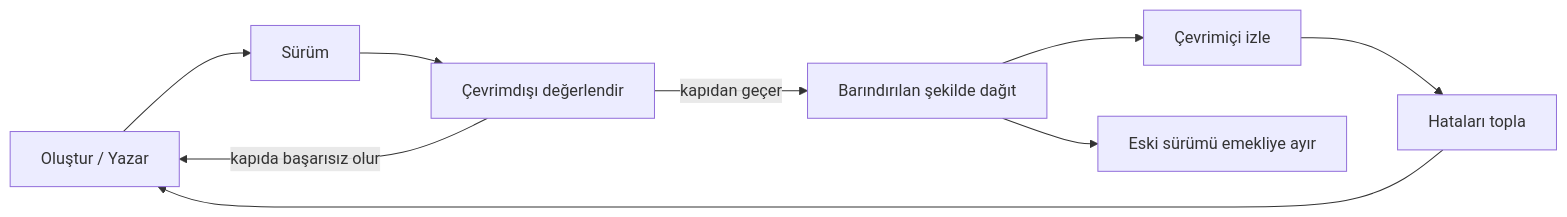
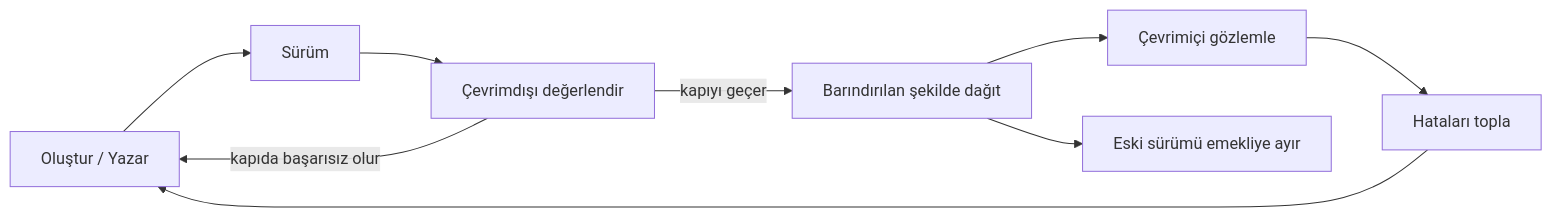
One commit to microsoft/ai-agents-for-beginners changed the second of 4 diagrams in translations/tr/16-deploying-scalable-agents/README.md. Above: the diagram before and after it, drawn with Mermaid. The commit also changed other lines of this file and 47 other files, not shown here.

````diff
--- a/translations/tr/16-deploying-scalable-agents/README.md
+++ b/translations/tr/16-deploying-scalable-agents/README.md
@@ -108,11 +108,11 @@
 ```mermaid
 flowchart LR
     Create[Oluştur / Yazar] --> Version[Sürüm]
     Version --> Evaluate[Çevrimdışı değerlendir]
-    Evaluate -->|kapıdan geçer| Deploy[Barındırılan şekilde dağıt]
+    Evaluate -->|kapıyı geçer| Deploy[Barındırılan şekilde dağıt]
     Evaluate -->|kapıda başarısız olur| Create
-    Deploy --> Observe[Çevrimiçi izle]
+    Deploy --> Observe[Çevrimiçi gözlemle]
     Observe --> Improve[Hataları topla]
     Improve --> Create
     Deploy --> Retire[Eski sürümü emekliye ayır]
 ```
````
